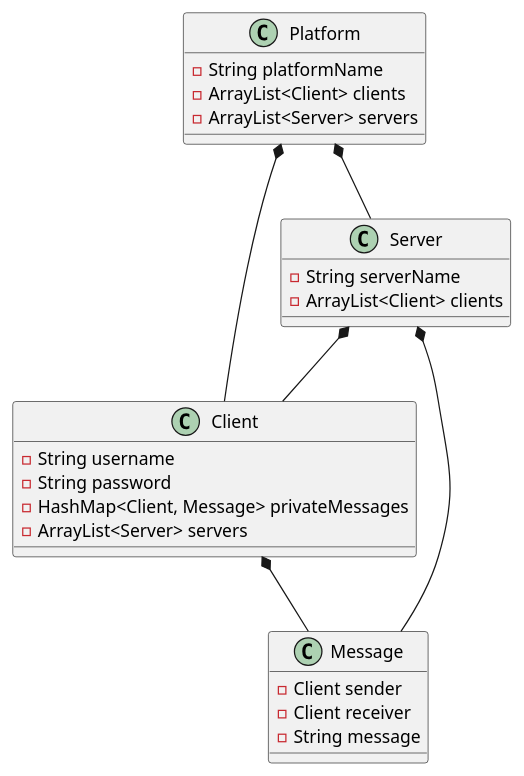
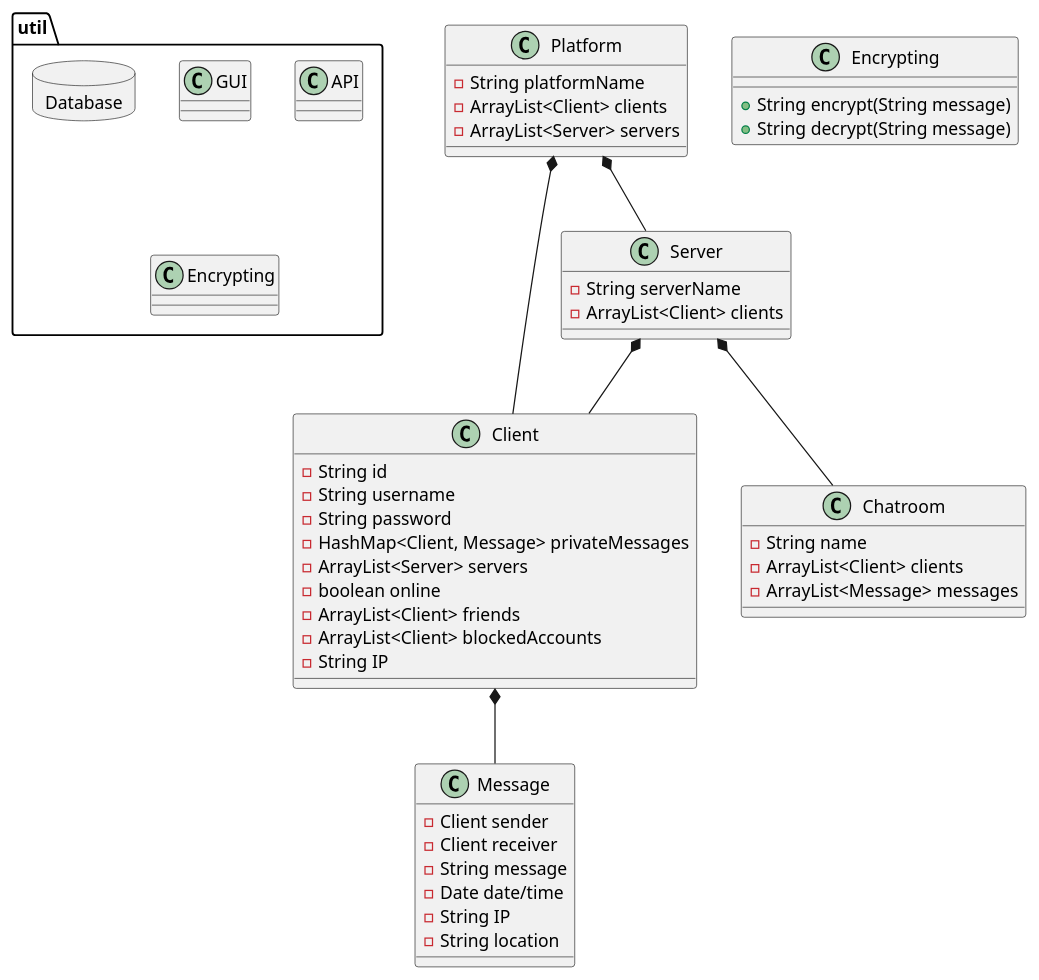
The diagram in src/main/java/ICE/doc/classdiagram.puml (Styrse/ICE), drawn with PlantUML before and after one commit.

Commit message:
Updated classdiagram

```diff
--- a/src/main/java/ICE/doc/classdiagram.puml
+++ b/src/main/java/ICE/doc/classdiagram.puml
@@ -1,34 +1,62 @@
 @startuml
 class Platform{
 - String platformName
 - ArrayList<Client> clients
 - ArrayList<Server> servers
 }
 
 class Server{
 - String serverName
 - ArrayList<Client> clients
 }
 
 class Client{
+- String id
 - String username
 - String password
 - HashMap<Client, Message> privateMessages
 - ArrayList<Server> servers
+- boolean online
+- ArrayList<Client> friends
+- ArrayList<Client> blockedAccounts
+- String IP
+}
+
+class Chatroom{
+- String name
+- ArrayList<Client> clients
+- ArrayList<Message> messages
 }
 
 class Message{
 - Client sender
 - Client receiver
 - String message
+- Date date/time
+- String IP
+- String location
+}
+
+class Encrypting{
++ String encrypt(String message)
++ String decrypt(String message)
 }
 
 Platform *-- Server
 Platform *-- Client
 
 Client *-- Message
 
 Server *-- Client
-Server *-- Message
+Server *-- Chatroom
+
+package util{
+class GUI
+class API
+class Encrypting
+database Database{
+}
+
+}
 
 @enduml
```
